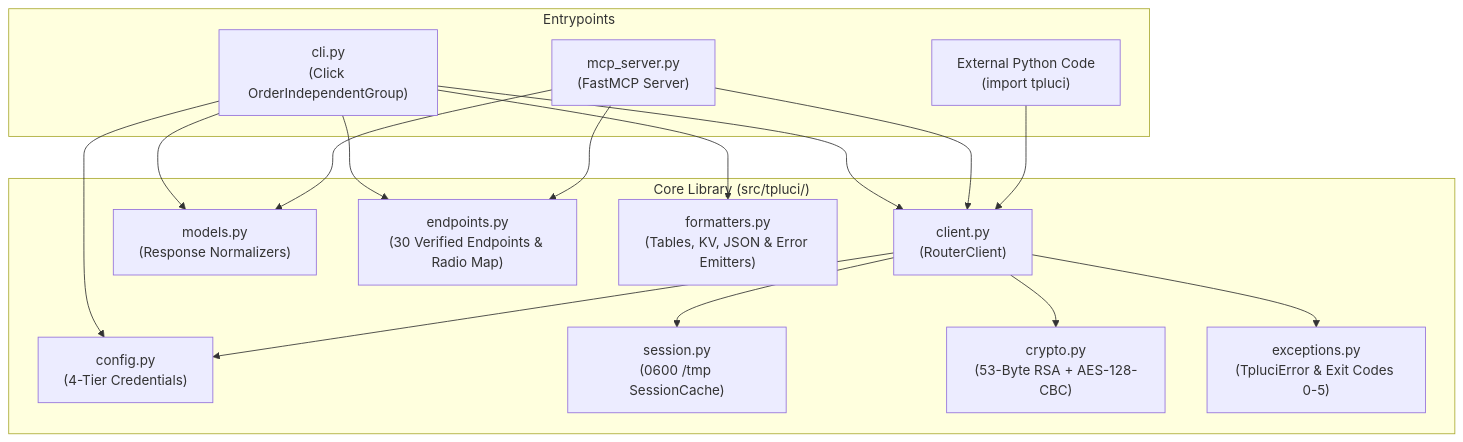
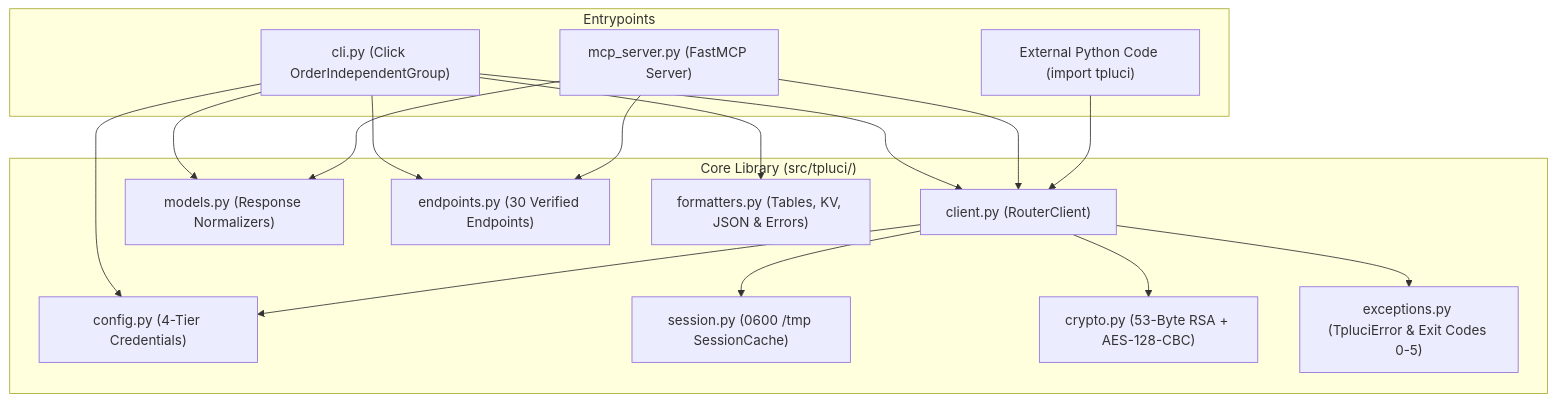
The first of 2 diagrams in docs/DEVELOPER_GUIDE.md (bcatelin/tpluci), drawn with Mermaid before and after one commit. The commit also changed other lines of this file and 1 other file, not shown here.

Commit message:
docs: fix Mermaid sequenceDiagram semicolon parse error on GitHub

````diff
--- a/docs/DEVELOPER_GUIDE.md
+++ b/docs/DEVELOPER_GUIDE.md
@@ -11,35 +11,35 @@
 ```mermaid
 flowchart TD
     subgraph Entrypoints["Entrypoints"]
-        CLI["cli.py<br/>(Click OrderIndependentGroup)"]
-        MCP["mcp_server.py<br/>(FastMCP Server)"]
-        LIB["External Python Code<br/>(import tpluci)"]
+        CLI["cli.py (Click OrderIndependentGroup)"]
+        MCP["mcp_server.py (FastMCP Server)"]
+        LIB["External Python Code (import tpluci)"]
     end
 
     subgraph Core["Core Library (src/tpluci/)"]
-        CLIENT["client.py<br/>(RouterClient)"]
-        CONFIG["config.py<br/>(4-Tier Credentials)"]
-        SESSION["session.py<br/>(0600 /tmp SessionCache)"]
-        CRYPTO["crypto.py<br/>(53-Byte RSA + AES-128-CBC)"]
-        MODELS["models.py<br/>(Response Normalizers)"]
-        ENDPOINTS["endpoints.py<br/>(30 Verified Endpoints & Radio Map)"]
-        FMT["formatters.py<br/>(Tables, KV, JSON & Error Emitters)"]
-        EXC["exceptions.py<br/>(TpluciError & Exit Codes 0-5)"]
+        CLIENT["client.py (RouterClient)"]
+        CONFIG["config.py (4-Tier Credentials)"]
+        SESSION["session.py (0600 /tmp SessionCache)"]
+        CRYPTO["crypto.py (53-Byte RSA + AES-128-CBC)"]
+        MODELS["models.py (Response Normalizers)"]
+        ENDPOINTS["endpoints.py (30 Verified Endpoints)"]
+        FMT["formatters.py (Tables, KV, JSON & Errors)"]
+        EXC["exceptions.py (TpluciError & Exit Codes 0-5)"]
     end
 
     CLI --> FMT
     CLI --> MODELS
     CLI --> ENDPOINTS
     CLI --> CONFIG
     CLI --> CLIENT
 
     MCP --> MODELS
     MCP --> ENDPOINTS
     MCP --> CLIENT
 
     LIB --> CLIENT
     CLIENT --> CONFIG
     CLIENT --> SESSION
     CLIENT --> CRYPTO
     CLIENT --> EXC
 ```
````
